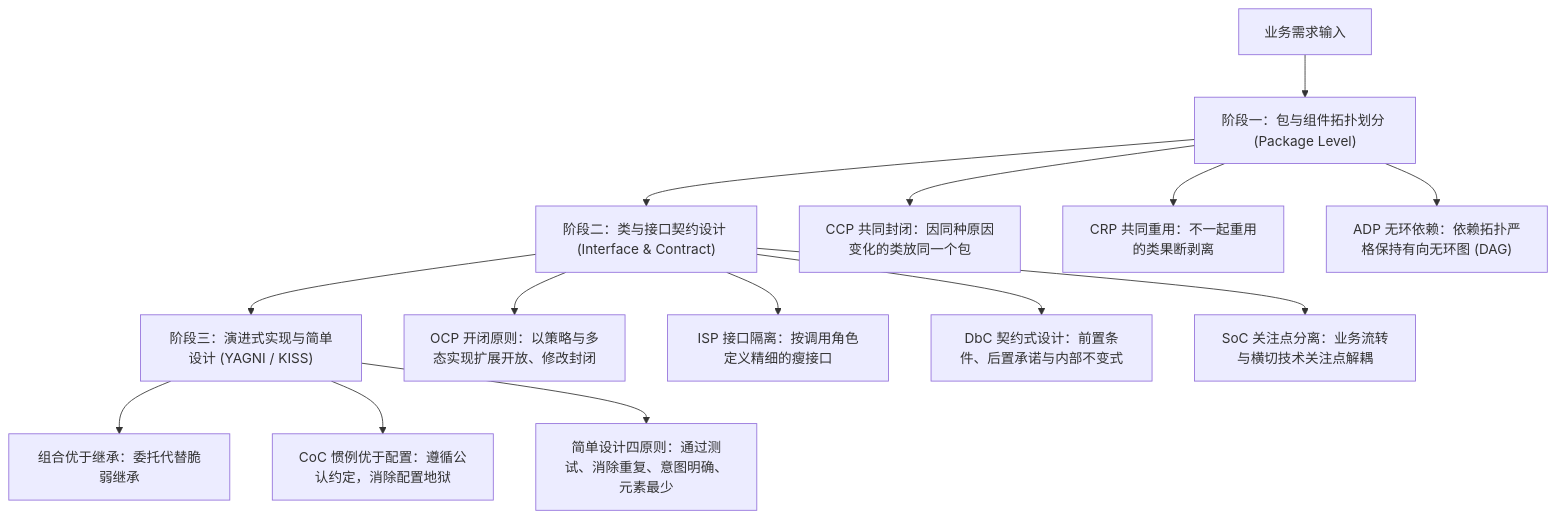
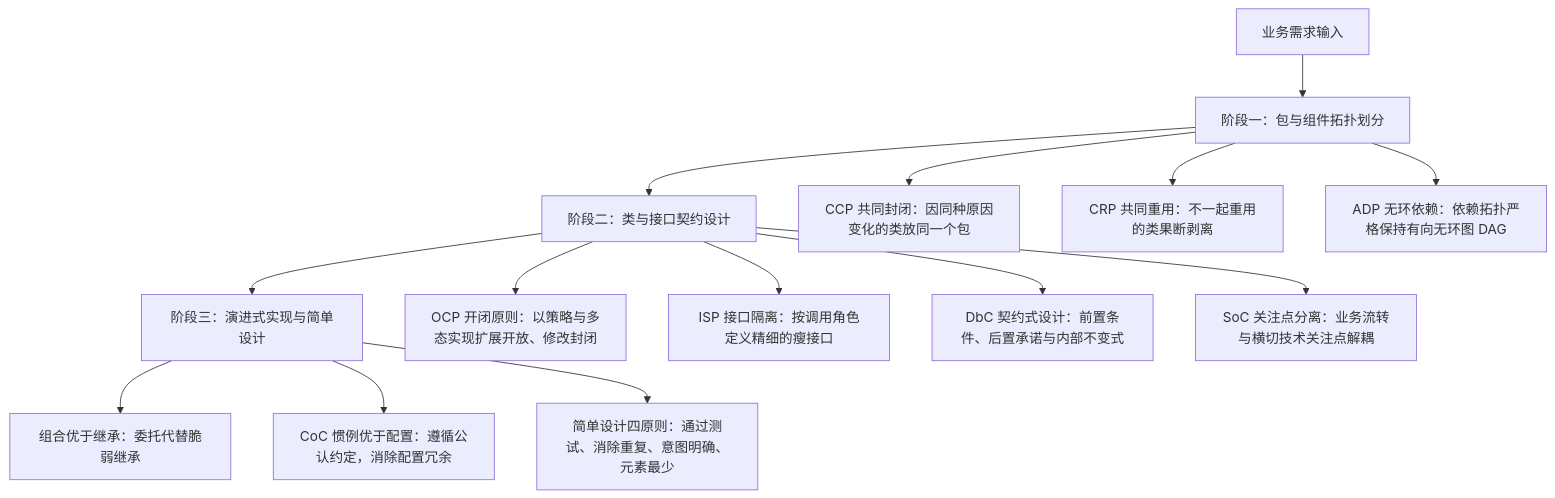
One commit to lilucpp/code-craft changed the diagram in .agents/skills/code-design/SKILL.md. Above: the diagram before and after it, drawn with Mermaid. The commit also changed other lines of this file and 35 other files, not shown here.

````diff
--- a/.agents/skills/code-design/SKILL.md
+++ b/.agents/skills/code-design/SKILL.md
@@ -16,19 +19,19 @@
 ```mermaid
 flowchart TD
-    A["业务需求输入"] --> B["阶段一：包与组件拓扑划分 (Package Level)"]
-    B --> C["阶段二：类与接口契约设计 (Interface & Contract)"]
-    C --> D["阶段三：演进式实现与简单设计 (YAGNI / KISS)"]
+    A["业务需求输入"] --> B["阶段一：包与组件拓扑划分"]
+    B --> C["阶段二：类与接口契约设计"]
+    C --> D["阶段三：演进式实现与简单设计"]
 
     B --> B1["CCP 共同封闭：因同种原因变化的类放同一个包"]
     B --> B2["CRP 共同重用：不一起重用的类果断剥离"]
-    B --> B3["ADP 无环依赖：依赖拓扑严格保持有向无环图 (DAG)"]
+    B --> B3["ADP 无环依赖：依赖拓扑严格保持有向无环图 DAG"]
 
     C --> C1["OCP 开闭原则：以策略与多态实现扩展开放、修改封闭"]
     C --> C2["ISP 接口隔离：按调用角色定义精细的瘦接口"]
     C --> C3["DbC 契约式设计：前置条件、后置承诺与内部不变式"]
     C --> C4["SoC 关注点分离：业务流转与横切技术关注点解耦"]
 
     D --> D1["组合优于继承：委托代替脆弱继承"]
-    D --> D2["CoC 惯例优于配置：遵循公认约定，消除配置地狱"]
+    D --> D2["CoC 惯例优于配置：遵循公认约定，消除配置冗余"]
     D --> D3["简单设计四原则：通过测试、消除重复、意图明确、元素最少"]
 ```
````
